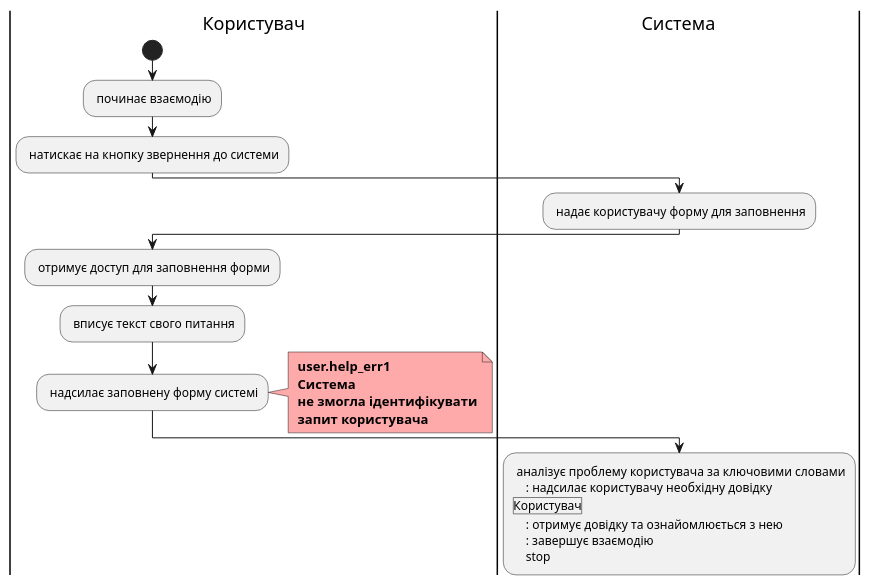
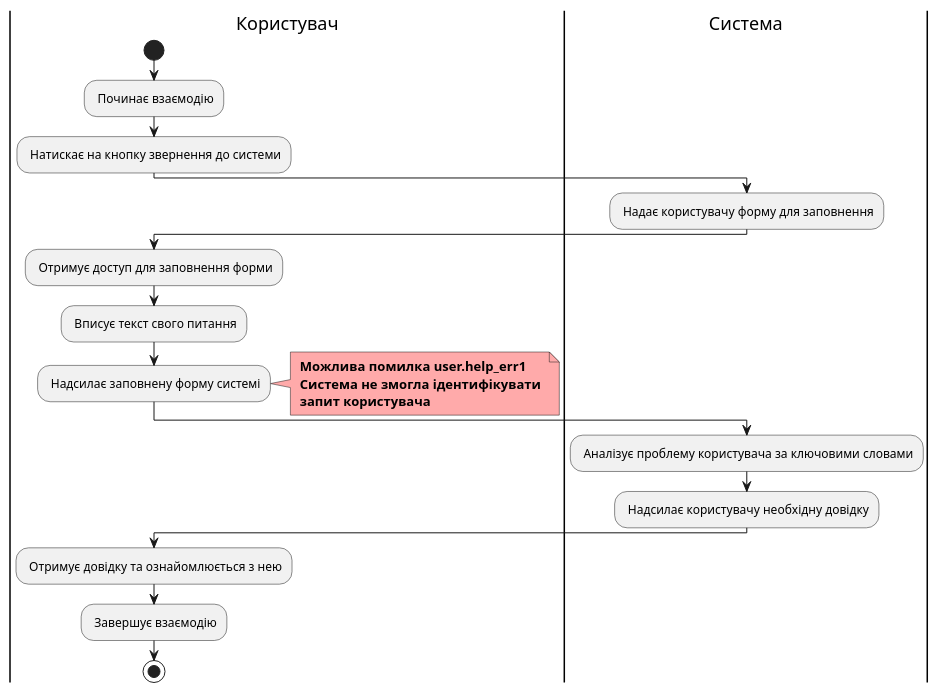
The sixth of 10 diagrams in docs/use cases/README.md (romalitv/db-course-work), drawn with PlantUML before and after one commit. The commit also changed other lines of this file and 2 other files, not shown here.

```diff
--- a/docs/use cases/README.md
+++ b/docs/use cases/README.md
@@ -174,25 +272,24 @@
 @startuml
     |Користувач|
         start
-        : починає взаємодію;
-        : натискає на кнопку звернення до системи;
+        : Починає взаємодію;
+        : Натискає на кнопку звернення до системи;
     |Система|
-        : надає користувачу форму для заповнення;
+        : Надає користувачу форму для заповнення;
     |Користувач|
-        : отримує доступ для заповнення форми;
-        : вписує текст свого питання;
-        : надсилає заповнену форму системі;
+        : Отримує доступ для заповнення форми;
+        : Вписує текст свого питання;
+        : Надсилає заповнену форму системі;
         note right #ffaaaa
-        <b> user.help_err1
-        <b> Система
-        <b> не змогла ідентифікувати
+        <b> Можлива помилка user.help_err1
+        <b> Система не змогла ідентифікувати 
         <b> запит користувача
         end note
     |Система|
-        : аналізує проблему користувача за ключовими словами
-        : надсилає користувачу необхідну довідку
+        : Аналізує проблему користувача за ключовими словами;
+        : Надсилає користувачу необхідну довідку;
     |Користувач|
-        : отримує довідку та ознайомлюється з нею
-        : завершує взаємодію
+        : Отримує довідку та ознайомлюється з нею;
+        : Завершує взаємодію;
         stop;
 @enduml
```
